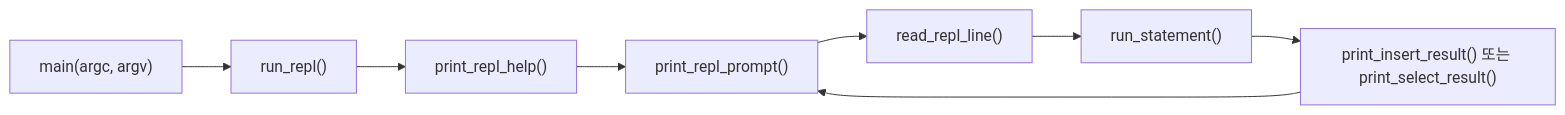
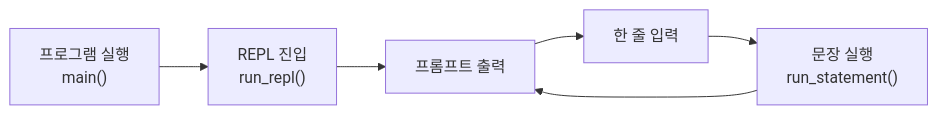
The sixth of 6 diagrams in README.md (jungilyu15/Mini_SQL), drawn with Mermaid before and after one commit. The commit also changed other lines of this file, not shown here.

First line of the commit message:
Revise project execution flow and data handling details

````diff
--- a/README.md
+++ b/README.md
@@ -278,10 +230,8 @@
 ```mermaid
 flowchart LR
-    A["main(argc, argv)"] --> B["run_repl()"]
-    B --> C["print_repl_help()"]
-    C --> D["print_repl_prompt()"]
-    D --> E["read_repl_line()"]
-    E --> F["run_statement()"]
-    F --> G["print_insert_result() 또는 print_select_result()"]
-    G --> D
+    A["프로그램 실행<br/>main()"] --> B["REPL 진입<br/>run_repl()"]
+    B --> C["프롬프트 출력"]
+    C --> D["한 줄 입력"]
+    D --> E["문장 실행<br/>run_statement()"]
+    E --> C
 ```
````
